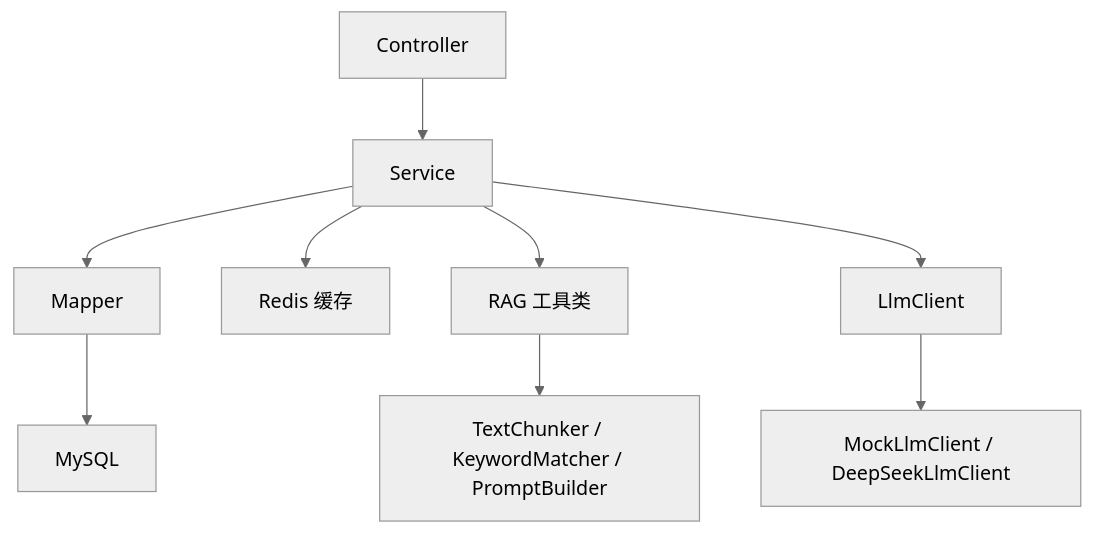
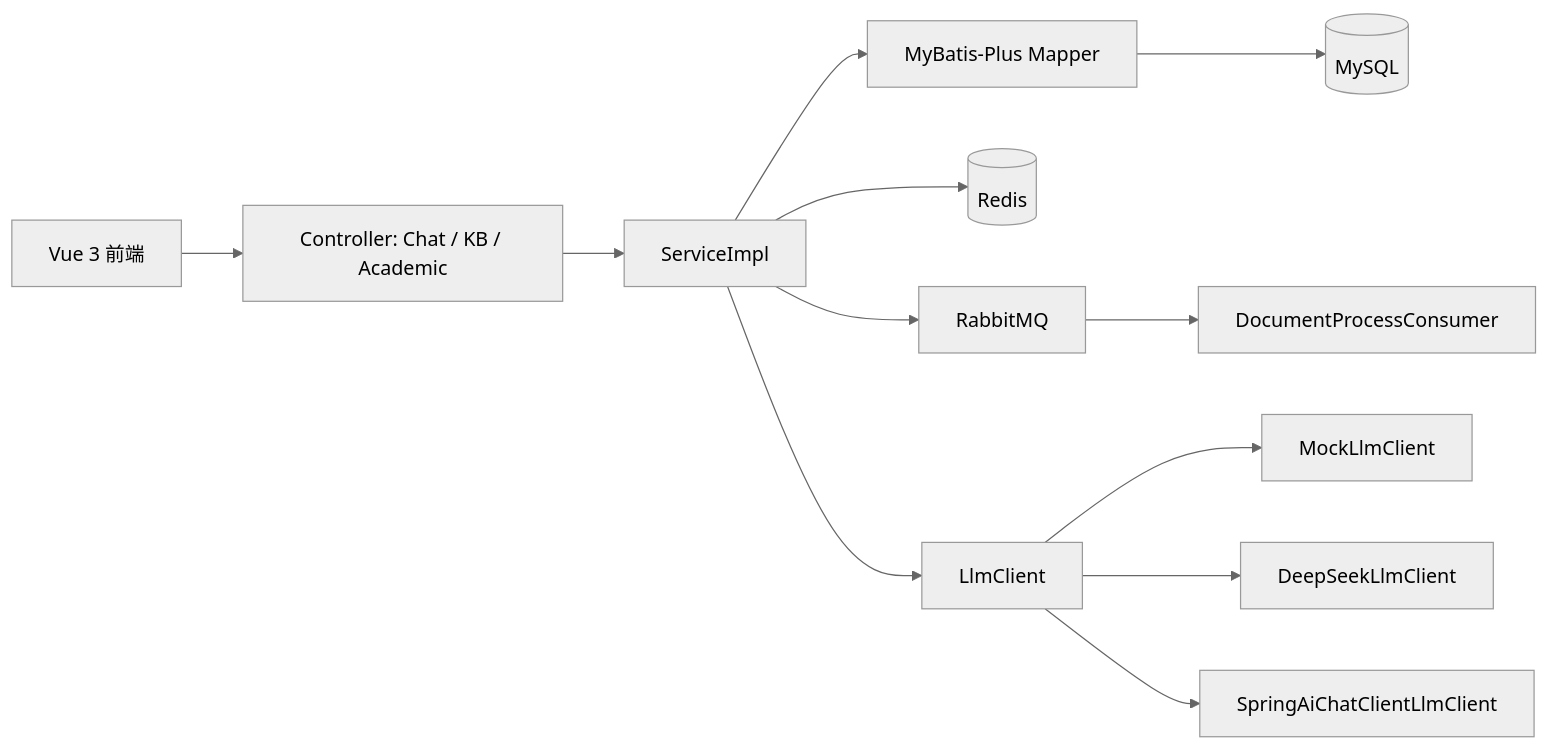
One commit to SodaWWater/campus-ai-assistant changed the diagram in docs/architecture.md. Above: the diagram before and after it, drawn with Mermaid (neutral theme). The commit also changed other lines of this file and 31 other files, not shown here.

````diff
--- a/docs/architecture.md
+++ b/docs/architecture.md
@@ -5,11 +3,14 @@
 ```mermaid
-flowchart TD
-    A["Controller"] --> B["Service"]
-    B --> C["Mapper"]
-    C --> D["MySQL"]
-    B --> E["Redis 缓存"]
-    B --> F["RAG 工具类"]
-    F --> G["TextChunker / KeywordMatcher / PromptBuilder"]
-    B --> H["LlmClient"]
-    H --> I["MockLlmClient / DeepSeekLlmClient"]
+flowchart LR
+  Front["Vue 3 前端"] --> Controller["Controller: Chat / KB / Academic"]
+  Controller --> Service["ServiceImpl"]
+  Service --> Mapper["MyBatis-Plus Mapper"]
+  Mapper --> DB[(MySQL)]
+  Service --> Redis[(Redis)]
+  Service --> MQ["RabbitMQ"]
+  MQ --> Consumer["DocumentProcessConsumer"]
+  Service --> LLM["LlmClient"]
+  LLM --> Mock["MockLlmClient"]
+  LLM --> DeepSeek["DeepSeekLlmClient"]
+  LLM --> SpringAI["SpringAiChatClientLlmClient"]
 ```
````
